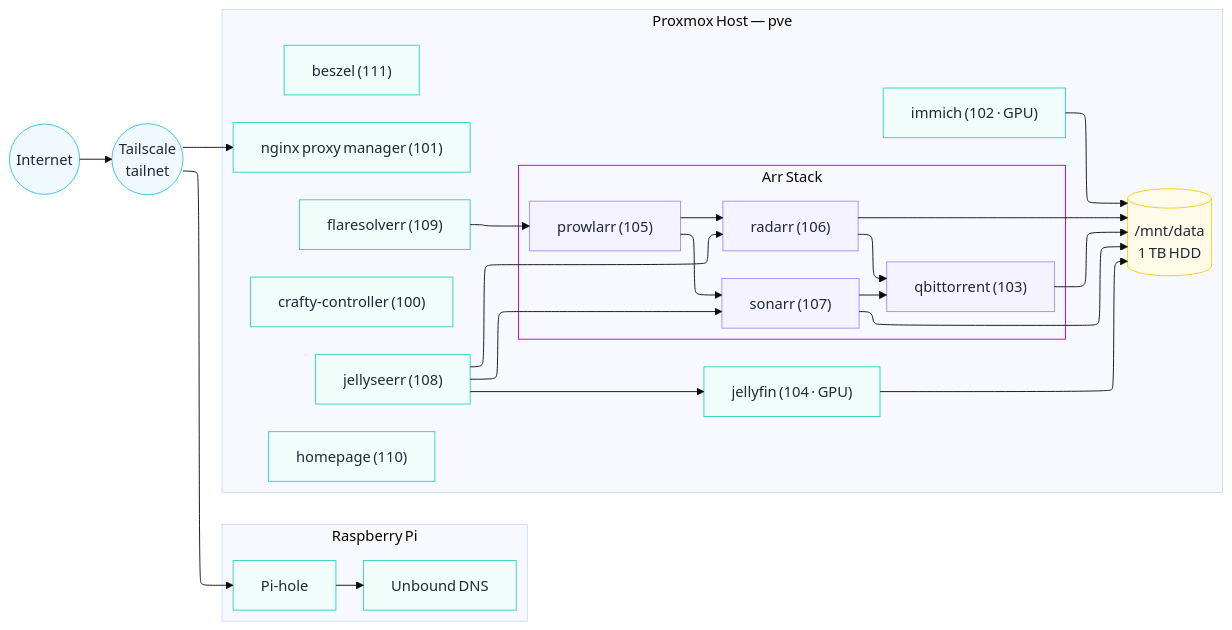
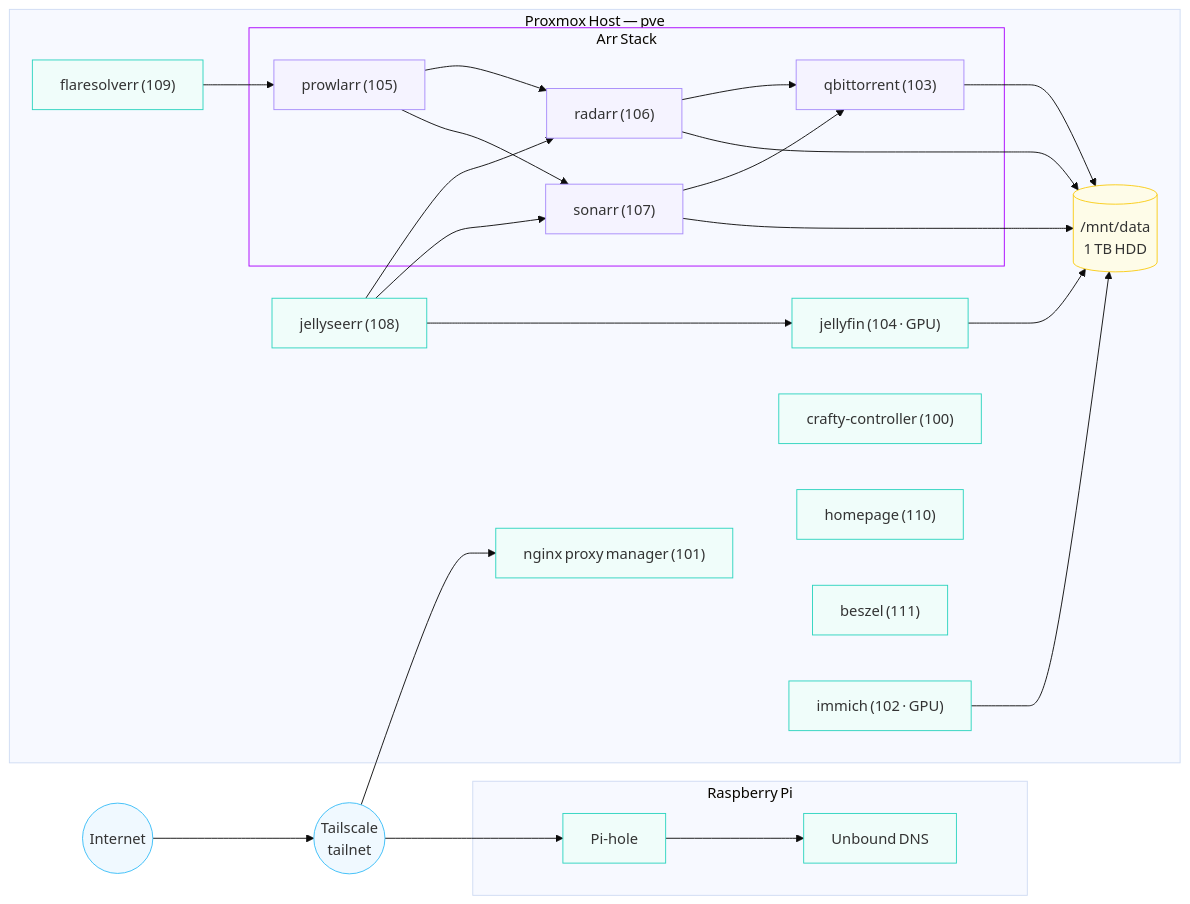
One commit to EthanFavis/Ethanet changed the diagram in README.md. Above: the diagram before and after it, drawn with Mermaid (base theme). The commit also changed 1 other file, not shown here.

Commit message:
Rework diagram for dagre rendering on GitHub
Remove elk layout directive (GitHub's mermaid lacks the elk plugin
and silently falls back to dagre). Anchor orphan containers near
NPM with invisible edges so dagre groups them instead of scattering
them across empty space.

````diff
--- a/README.md
+++ b/README.md
@@ -71,64 +71,66 @@
 ```mermaid
----
-config:
-  layout: elk
----
 flowchart LR
  subgraph Pi["Raspberry Pi"]
         Pihole["Pi‑hole"]
         Unbound["Unbound DNS"]
   end
  subgraph ARR["Arr Stack"]
         Prowlarr["prowlarr (105)"]
         Radarr["radarr (106)"]
         Sonarr["sonarr (107)"]
         QB["qbittorrent (103)"]
   end
  subgraph PVE["Proxmox Host — pve"]
         Homepage["homepage (110)"]
         NPM["nginx proxy manager (101)"]
         Crafty["crafty‑controller (100)"]
         Beszel["beszel (111)"]
         Flare["flaresolverr (109)"]
         ARR
         Seerr["jellyseerr (108)"]
         Jellyfin["jellyfin (104 · GPU)"]
         Immich["immich (102 · GPU)"]
         Storage[("/mnt/data<br>1 TB HDD")]
   end
     Internet(("Internet")) --> Tailnet(("Tailscale<br>tailnet"))
     Pihole --> Unbound
     Prowlarr --> Radarr & Sonarr
     Radarr --> QB & Storage
     Sonarr --> QB & Storage
     Tailnet --> Pihole & NPM
     Flare --> Prowlarr
     Seerr --> Radarr & Sonarr & Jellyfin
     QB --> Storage
     Jellyfin --> Storage
     Immich --> Storage
 
+    %% invisible edges to anchor orphan containers near NPM
+    NPM ~~~ Crafty
+    NPM ~~~ Homepage
+    NPM ~~~ Beszel
+    NPM ~~~ Immich
+
      Internet:::network
      Tailnet:::network
      Pihole:::service
      Unbound:::service
      Homepage:::service
      NPM:::service
      Crafty:::service
      Beszel:::service
      Flare:::service
      Prowlarr:::media
      Radarr:::media
      Sonarr:::media
      QB:::media
      Seerr:::service
      Jellyfin:::service
      Immich:::service
      Storage:::storage
-    classDef infra stroke:#818cf8,fill:#eef2ff,color:#1f2937
-    classDef service stroke:#2dd4bf,fill:#f0fdfa,color:#1f2937
-    classDef storage stroke:#facc15,fill:#fefce8,color:#1f2937
-    classDef network stroke:#38bdf8,fill:#f0f9ff,color:#1f2937
-    classDef media stroke:#a78bfa,fill:#f5f3ff,color:#1f2937
+    classDef infra stroke:#818cf8,fill:#eef2ff
+    classDef service stroke:#2dd4bf,fill:#f0fdfa
+    classDef storage stroke:#facc15,fill:#fefce8
+    classDef network stroke:#38bdf8,fill:#f0f9ff
+    classDef media stroke:#a78bfa,fill:#f5f3ff
     style ARR stroke:#AA00FF
 ```
````
